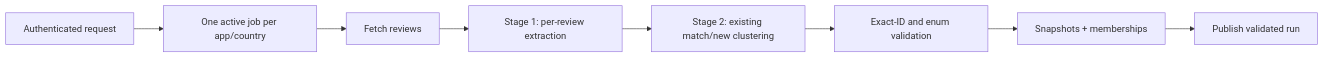
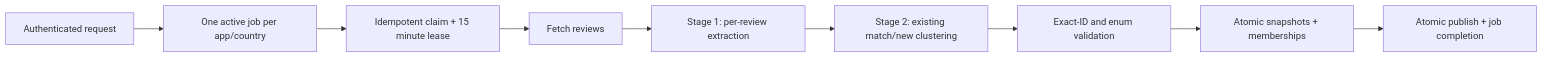
One commit to jeonsavvy/VoC-Radar changed the second of 2 diagrams in docs/architecture.md. Above: the diagram before and after it, drawn with Mermaid. The commit also changed other lines of this file and 36 other files, not shown here.

Commit message:
Stabilize pipeline and user flows

````diff
--- a/docs/architecture.md
+++ b/docs/architecture.md
@@ -23,10 +23,11 @@
 ```mermaid
 flowchart LR
   R["Authenticated request"] --> J["One active job per app/country"]
-  J --> F["Fetch reviews"]
+  J --> Q["Idempotent claim + 15 minute lease"]
+  Q --> F["Fetch reviews"]
   F --> E["Stage 1: per-review extraction"]
   E --> C["Stage 2: existing match/new clustering"]
   C --> V["Exact-ID and enum validation"]
-  V --> P["Snapshots + memberships"]
-  P --> B["Publish validated run"]
+  V --> P["Atomic snapshots + memberships"]
+  P --> B["Atomic publish + job completion"]
 ```
````
